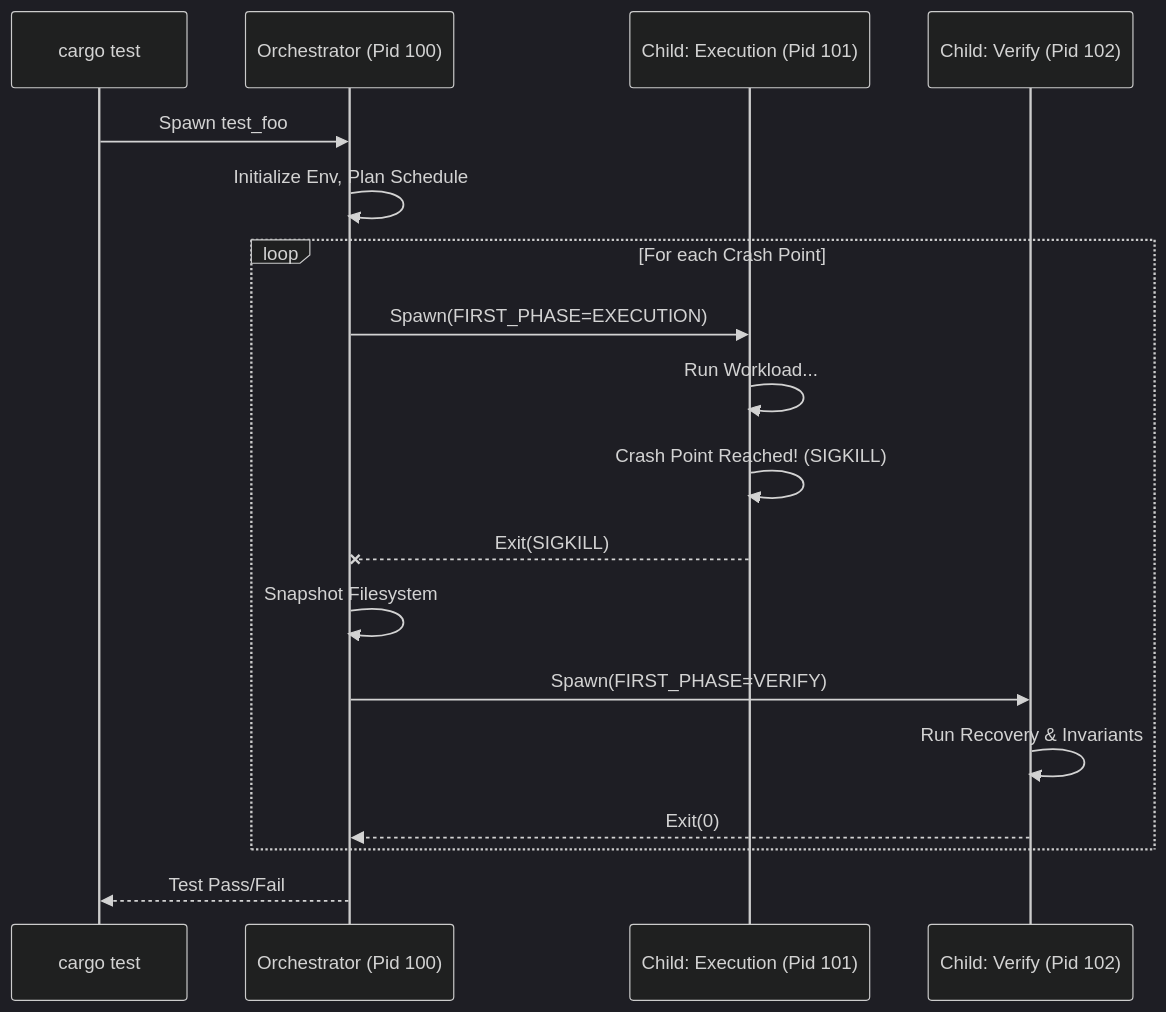
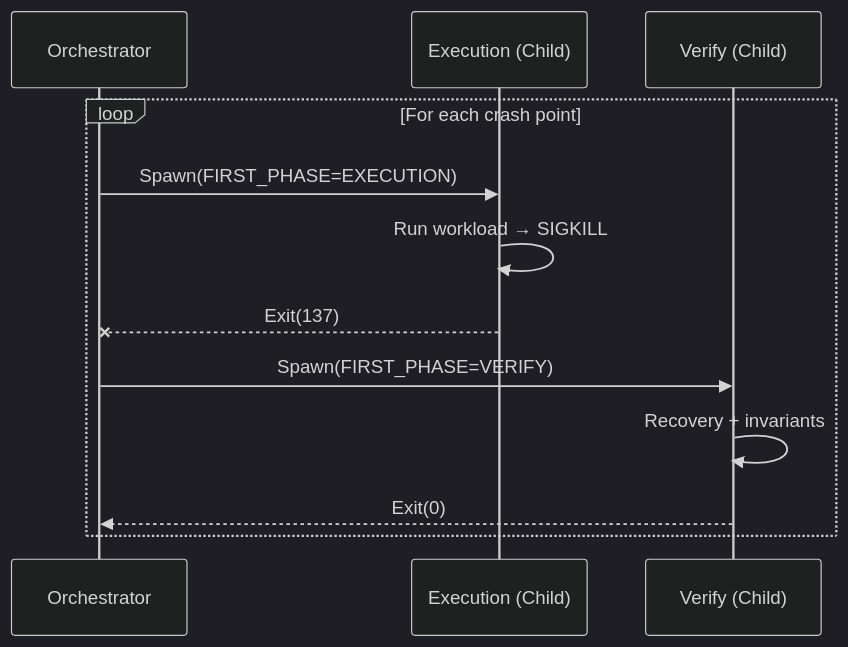
The diagram in docs/architecture/001_structure.md (siphonite/first), drawn with Mermaid (dark theme) before and after one commit. The commit also changed other lines of this file and 10 other files, not shown here.

````diff
--- a/docs/architecture/001_structure.md
+++ b/docs/architecture/001_structure.md
@@ -60,25 +24,15 @@
 ```mermaid
 sequenceDiagram
-    participant User as cargo test
-    participant Orch as Orchestrator (Pid 100)
-    participant Crash as Child: Execution (Pid 101)
-    participant Verify as Child: Verify (Pid 102)
+    participant Orch as Orchestrator
+    participant Exec as Execution (Child)
+    participant Verify as Verify (Child)
 
-    User->>Orch: Spawn test_foo
-    Orch->>Orch: Initialize Env, Plan Schedule
-
-    loop For each Crash Point
-        Orch->>Crash: Spawn(FIRST_PHASE=EXECUTION)
-        Crash->>Crash: Run Workload...
-        Crash->>Crash: Crash Point Reached! (SIGKILL)
-        Crash--xOrch: Exit(SIGKILL)
-        
-        Orch->>Orch: Snapshot Filesystem
-
+    loop For each crash point
+        Orch->>Exec: Spawn(FIRST_PHASE=EXECUTION)
+        Exec->>Exec: Run workload → SIGKILL
+        Exec--xOrch: Exit(137)
         Orch->>Verify: Spawn(FIRST_PHASE=VERIFY)
-        Verify->>Verify: Run Recovery & Invariants
+        Verify->>Verify: Recovery + invariants
         Verify-->>Orch: Exit(0)
     end
-    
-    Orch-->>User: Test Pass/Fail
 ```
````
